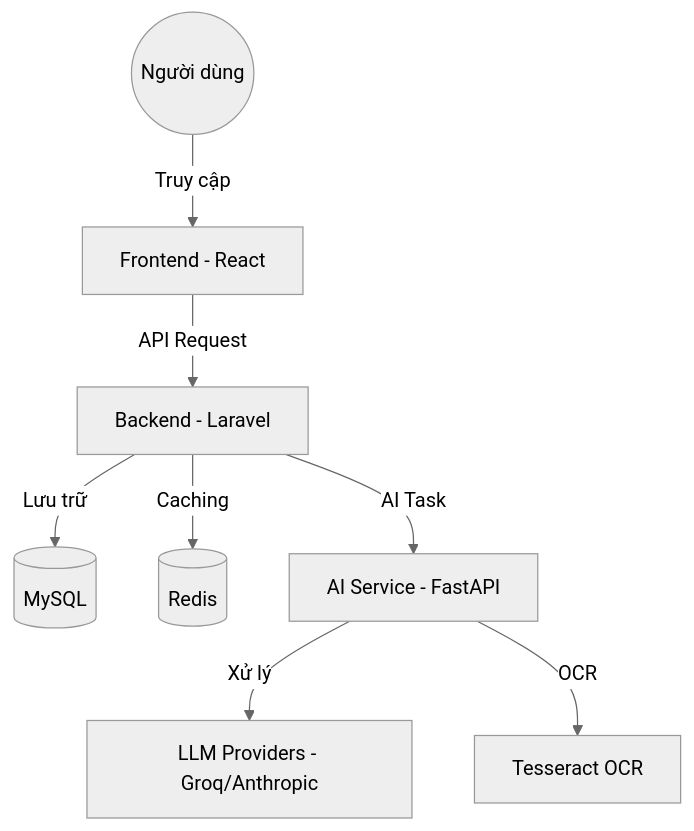
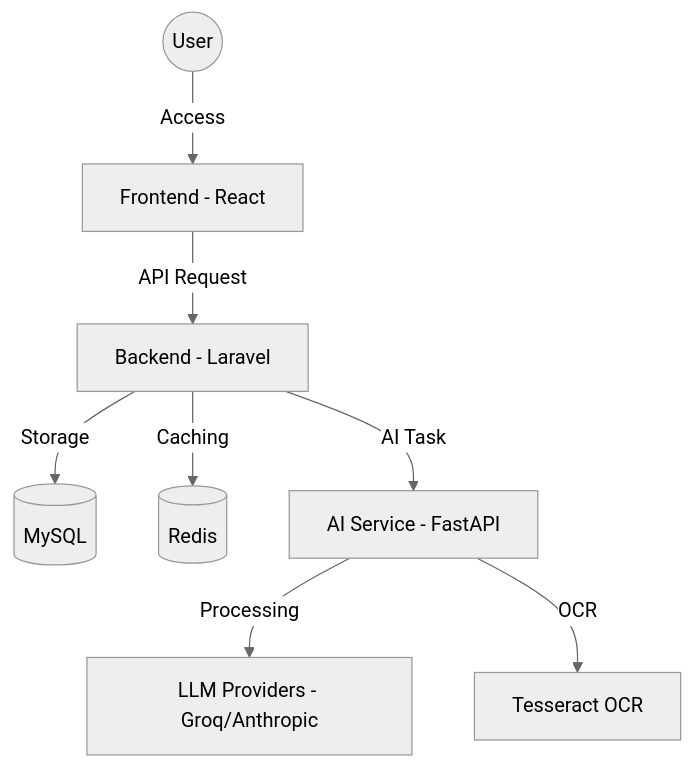
The diagram in README.md (diepdainghia33-boop/name), drawn with Mermaid (neutral theme) before and after one commit. The commit also changed other lines of this file, not shown here.

````diff
--- a/README.md
+++ b/README.md
@@ -24,10 +24,10 @@
 ```mermaid
 graph TD
-    User((Người dùng)) -->|Truy cập| FE[Frontend - React]
+    User((User)) -->|Access| FE[Frontend - React]
     FE -->|API Request| BE[Backend - Laravel]
-    BE -->|Lưu trữ| DB[(MySQL)]
+    BE -->|Storage| DB[(MySQL)]
     BE -->|Caching| RD[(Redis)]
     BE -->|AI Task| AIS[AI Service - FastAPI]
-    AIS -->|Xử lý| LLM[LLM Providers - Groq/Anthropic]
+    AIS -->|Processing| LLM[LLM Providers - Groq/Anthropic]
     AIS -->|OCR| TESS[Tesseract OCR]
 ```
````
